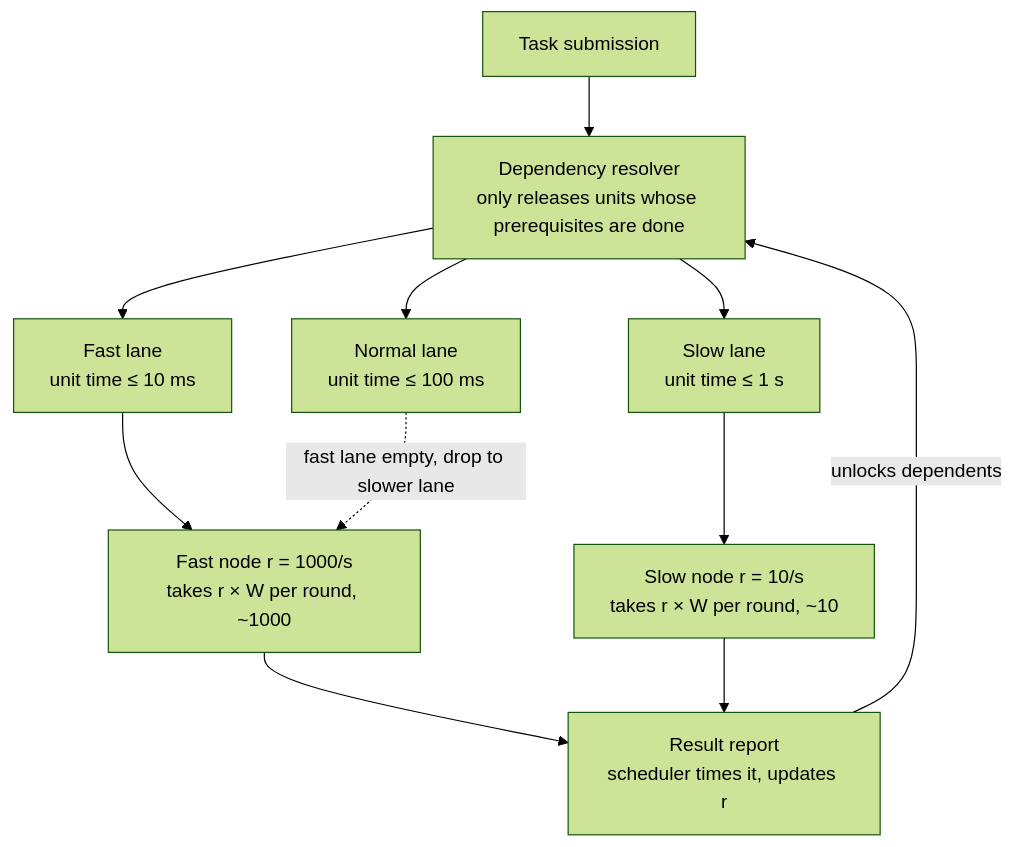
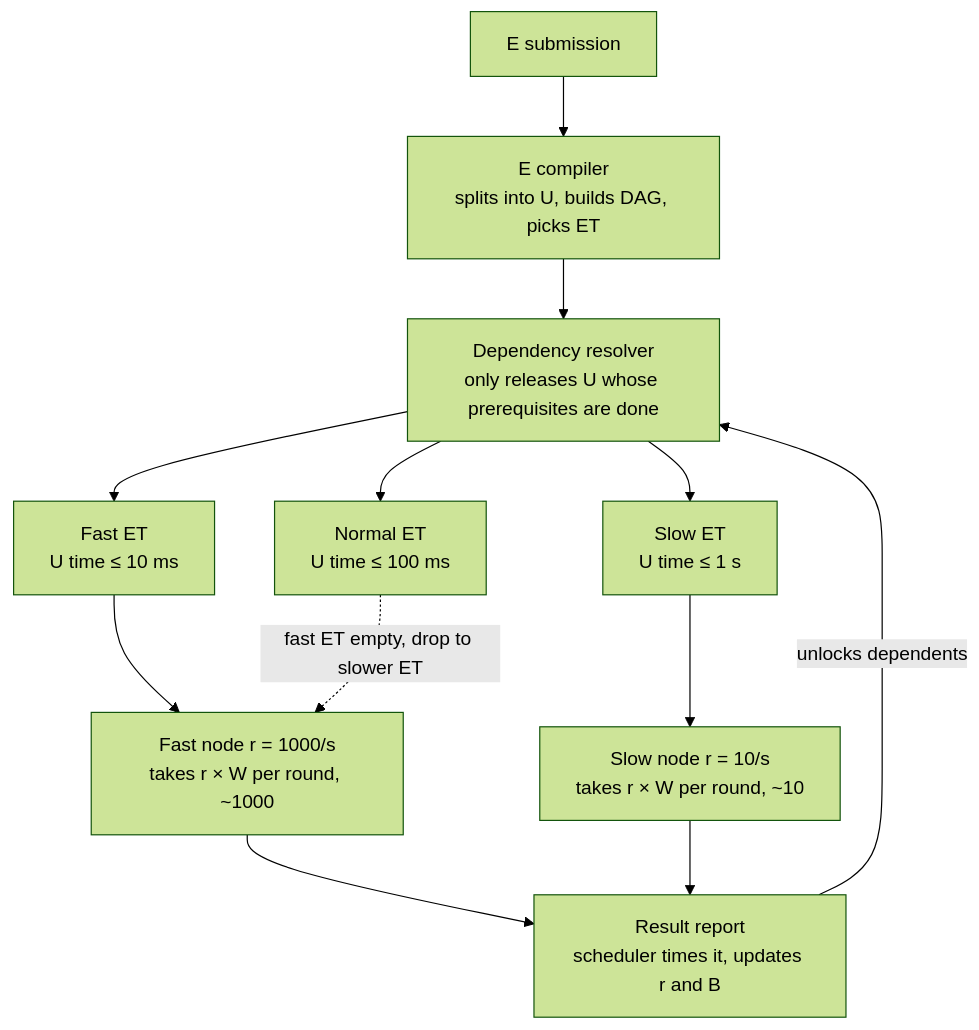
The diagram in docs/en/scheduling-design.md (infohex/Asymmetric-Distributed-Inference), drawn with Mermaid (forest theme) before and after one commit. The commit also changed other lines of this file and 3 other files, not shown here.

First line of the commit message:
Design v2: Unity / Event / Event Trench terminology, tensor-op-graph IR

````diff
--- a/docs/en/scheduling-design.md
+++ b/docs/en/scheduling-design.md
@@ -38,14 +43,14 @@
 ```mermaid
 flowchart TB
-    S[Task submission] --> R
-    R[Dependency resolver<br/>only releases units whose prerequisites are done]
-    R --> F[Fast lane<br/>unit time ≤ 10 ms]
-    R --> N[Normal lane<br/>unit time ≤ 100 ms]
-    R --> L[Slow lane<br/>unit time ≤ 1 s]
+    S[E submission] --> C[E compiler<br/>splits into U, builds DAG, picks ET]
+    C --> R[Dependency resolver<br/>only releases U whose prerequisites are done]
+    R --> F[Fast ET<br/>U time ≤ 10 ms]
+    R --> N[Normal ET<br/>U time ≤ 100 ms]
+    R --> L[Slow ET<br/>U time ≤ 1 s]
     F --> NF[Fast node r = 1000/s<br/>takes r × W per round, ~1000]
-    N -. fast lane empty, drop to slower lane .-> NF
+    N -. fast ET empty, drop to slower ET .-> NF
     L --> NS[Slow node r = 10/s<br/>takes r × W per round, ~10]
-    NF --> RES[Result report<br/>scheduler times it, updates r]
+    NF --> RES[Result report<br/>scheduler times it, updates r and B]
     NS --> RES
     RES -- unlocks dependents --> R
 ```
````
